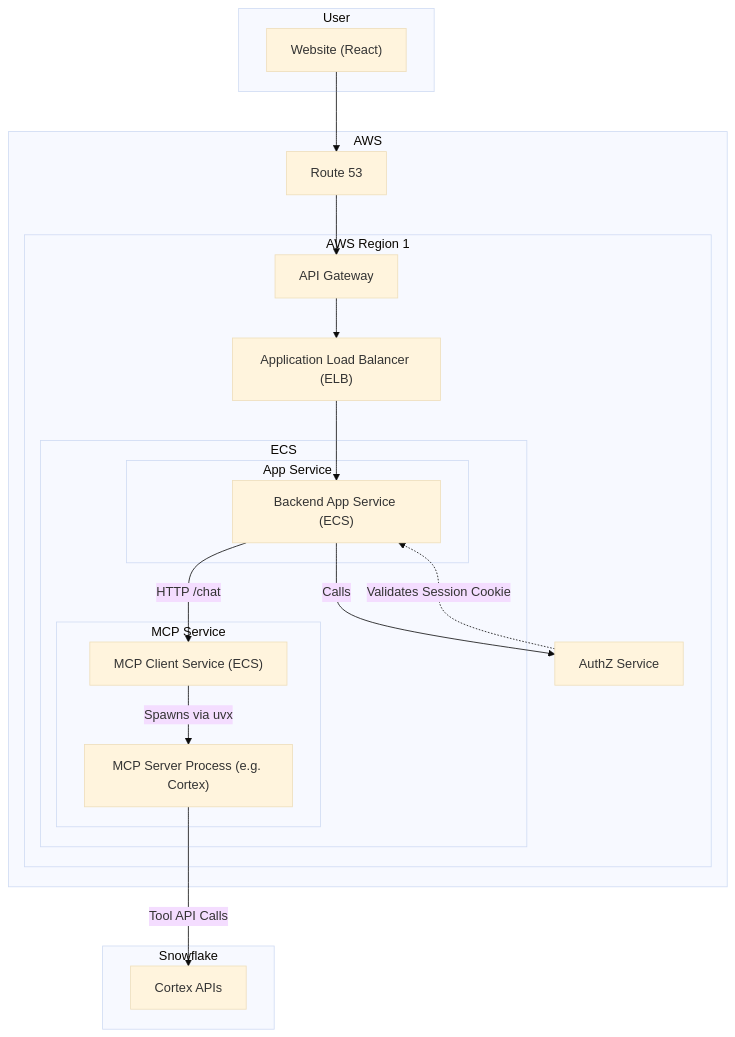
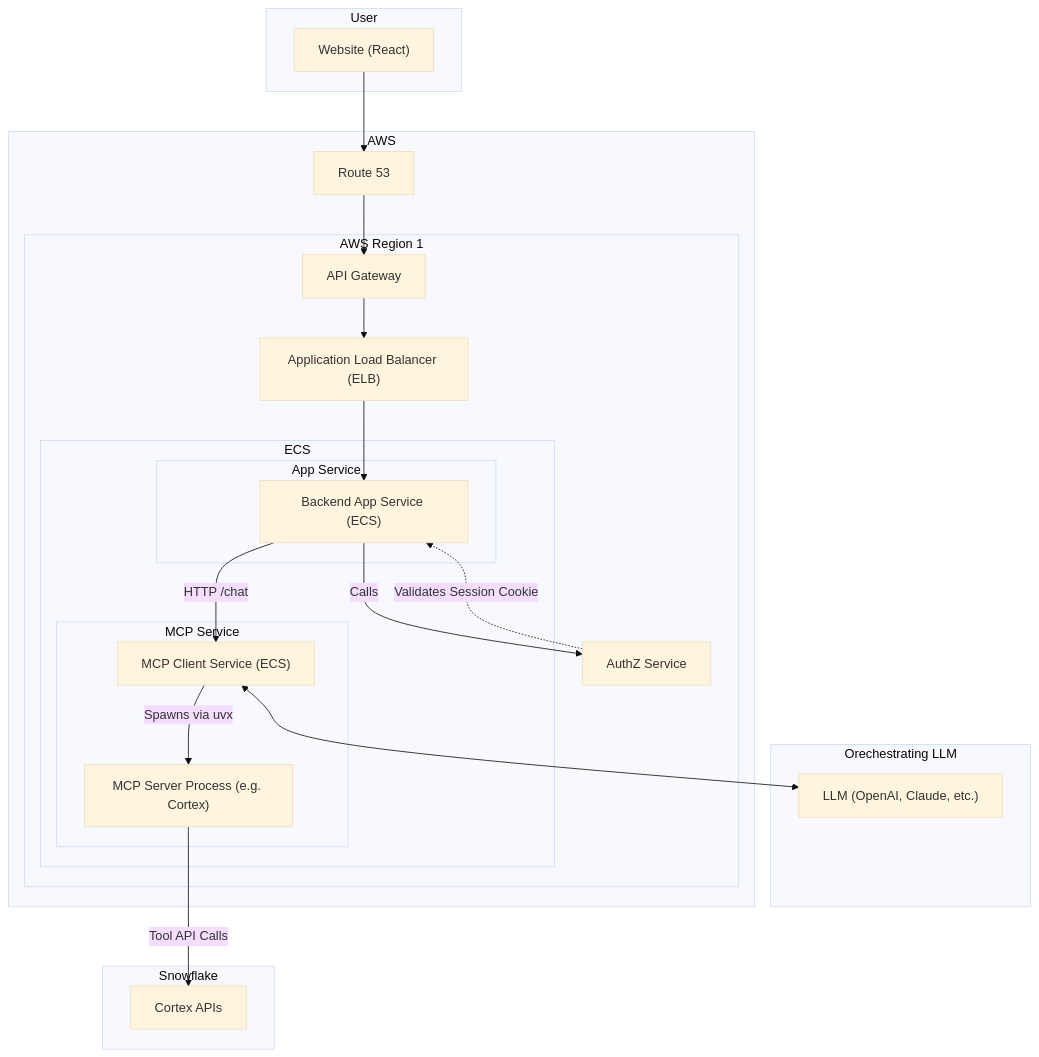
One commit to sfc-jneal/example-mcp-cortex-fastagent changed the diagram in architecture.mmd. Above: the diagram before and after it, drawn with Mermaid (base theme). The commit also changed 1 other file, not shown here.

Commit message:
Update diagram to show LLM

```diff
--- a/architecture.mmd
+++ b/architecture.mmd
@@ -1,38 +1,41 @@
 graph TD
     subgraph User
         A["Website (React)"]
     end
 
+    subgraph Orechestrating LLM
+        LLM["LLM (OpenAI, Claude, etc.)"]
+    end
     
     subgraph "AWS"
             B["Route 53"]
             A --> B
             B --> C[API Gateway]
             subgraph "AWS Region 1"
                 
                 C --> D["Application Load Balancer (ELB)"]
                 
                 subgraph ECS
                     subgraph "App Service"
                         E["Backend App Service (ECS)"]
                     end 
                     subgraph "MCP Service"
                         F["MCP Client Service (ECS)"]
                         F -->|Spawns via uvx| G["MCP Server Process (e.g. Cortex)"]
                     end
                 end
-
+                F <--> LLM
                 D --> E
 
                 E -->|HTTP /chat| F
                 E -->|Calls| I[AuthZ Service]
             end
 
             I -.->|Validates Session Cookie| E
         end
 
     subgraph Snowflake
         H["Cortex APIs"]
     end
 
     G -->|Tool API Calls| H
```
